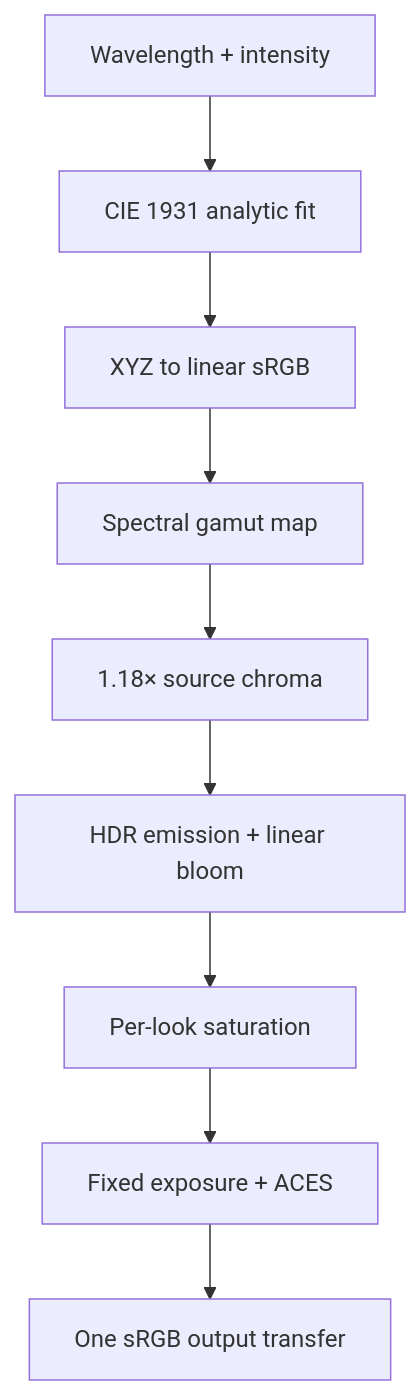
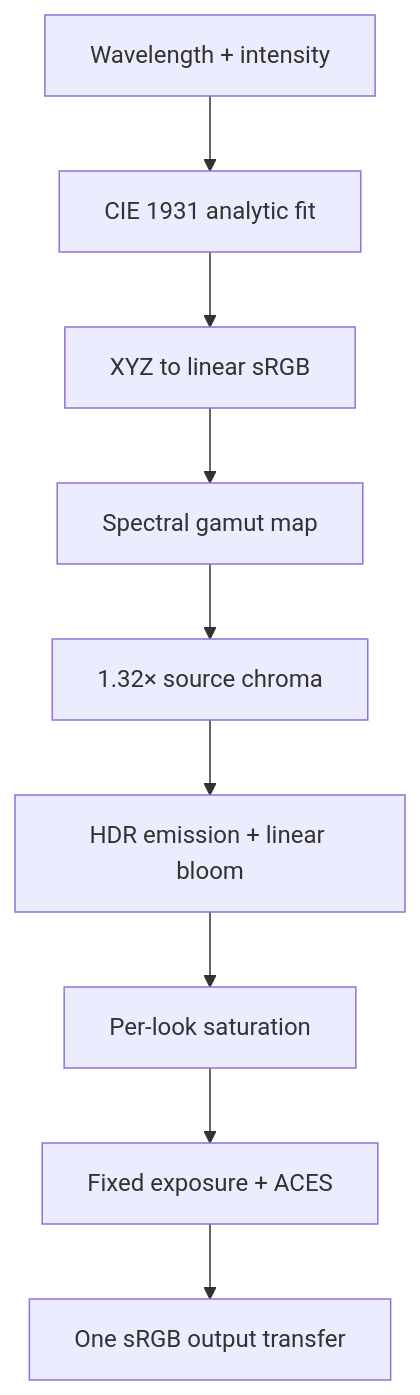
One commit to coobytron/vector-sim changed the diagram in docs/P03-SPECTRAL-COLOR.md. Above: the diagram before and after it, drawn with Mermaid. The commit also changed other lines of this file and 10 other files, not shown here.

````diff
--- a/docs/P03-SPECTRAL-COLOR.md
+++ b/docs/P03-SPECTRAL-COLOR.md
@@ -11,11 +11,11 @@
 ```mermaid
 flowchart TD
   A[Wavelength + intensity] --> B[CIE 1931 analytic fit]
   B --> C[XYZ to linear sRGB]
   C --> D[Spectral gamut map]
-  D --> E[1.18× source chroma]
+  D --> E[1.32× source chroma]
   E --> F[HDR emission + linear bloom]
   F --> G[Per-look saturation]
   G --> H[Fixed exposure + ACES]
   H --> I[One sRGB output transfer]
 ```
````
